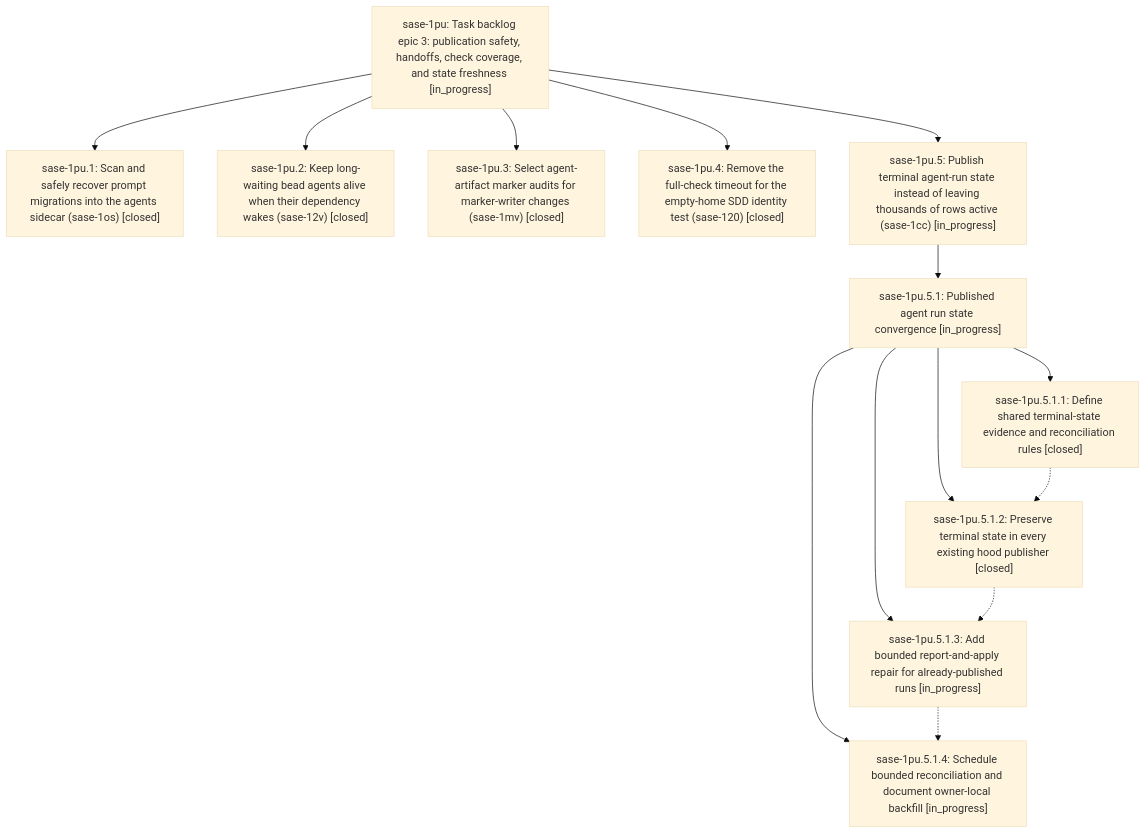
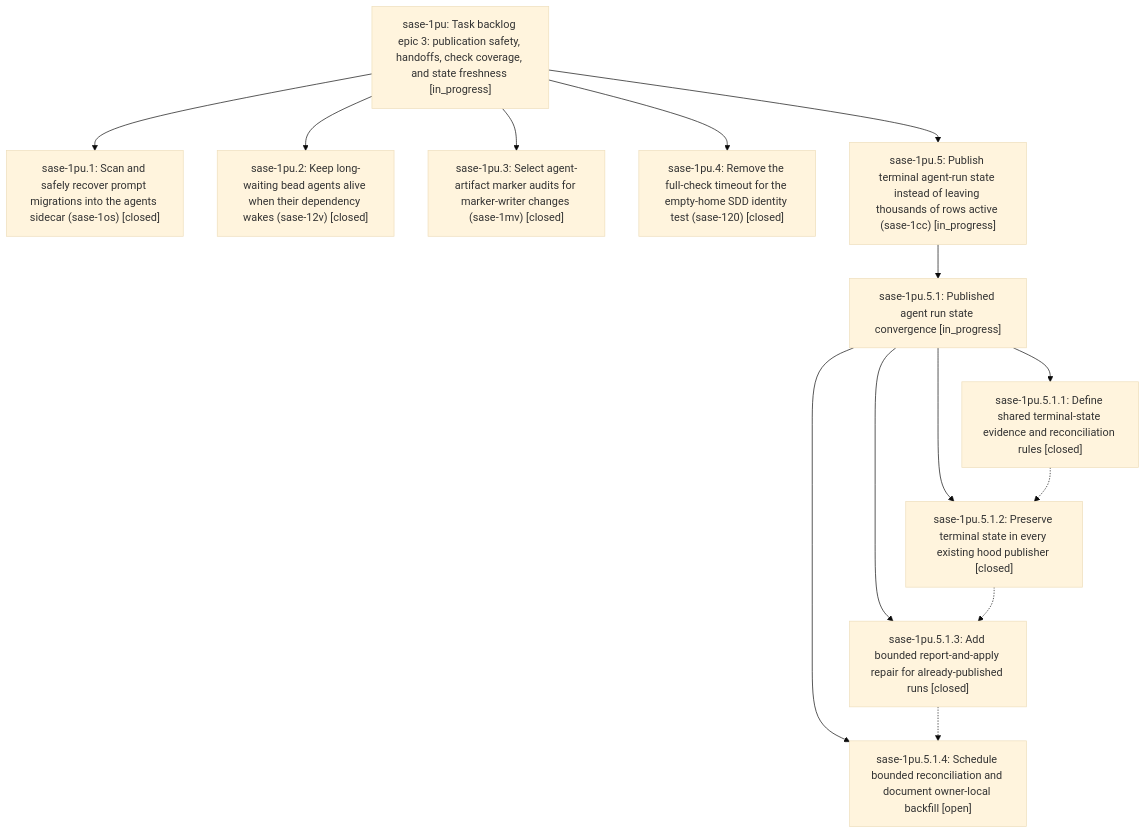
The diagram in pages/sase-1pu/README.md (sase-org/sase--beads), drawn with Mermaid (base theme) before and after one commit. The commit also changed other lines of this file and 4 other files, not shown here.

````diff
--- a/pages/sase-1pu/README.md
+++ b/pages/sase-1pu/README.md
@@ -48,27 +54,27 @@
 ```mermaid
 flowchart TD
     n0["sase-1pu: Task backlog epic 3: publication safety, handoffs, check coverage, and state freshness [in_progress]"]
     n1["sase-1pu.1: Scan and safely recover prompt migrations into the agents sidecar (sase-1os) [closed]"]
     n2["sase-1pu.2: Keep long-waiting bead agents alive when their dependency wakes (sase-12v) [closed]"]
     n3["sase-1pu.3: Select agent-artifact marker audits for marker-writer changes (sase-1mv) [closed]"]
     n4["sase-1pu.4: Remove the full-check timeout for the empty-home SDD identity test (sase-120) [closed]"]
     n5["sase-1pu.5: Publish terminal agent-run state instead of leaving thousands of rows active (sase-1cc) [in_progress]"]
     n6["sase-1pu.5.1: Published agent run state convergence [in_progress]"]
     n7["sase-1pu.5.1.1: Define shared terminal-state evidence and reconciliation rules [closed]"]
     n8["sase-1pu.5.1.2: Preserve terminal state in every existing hood publisher [closed]"]
-    n9["sase-1pu.5.1.3: Add bounded report-and-apply repair for already-published runs [in_progress]"]
-    n10["sase-1pu.5.1.4: Schedule bounded reconciliation and document owner-local backfill [in_progress]"]
+    n9["sase-1pu.5.1.3: Add bounded report-and-apply repair for already-published runs [closed]"]
+    n10["sase-1pu.5.1.4: Schedule bounded reconciliation and document owner-local backfill [open]"]
     n0 --> n1
     n0 --> n2
     n0 --> n3
     n0 --> n4
     n0 --> n5
     n5 --> n6
     n6 --> n7
     n6 --> n8
     n6 --> n9
     n6 --> n10
     n7 -.-> n8
     n8 -.-> n9
     n9 -.-> n10
 ```
````
